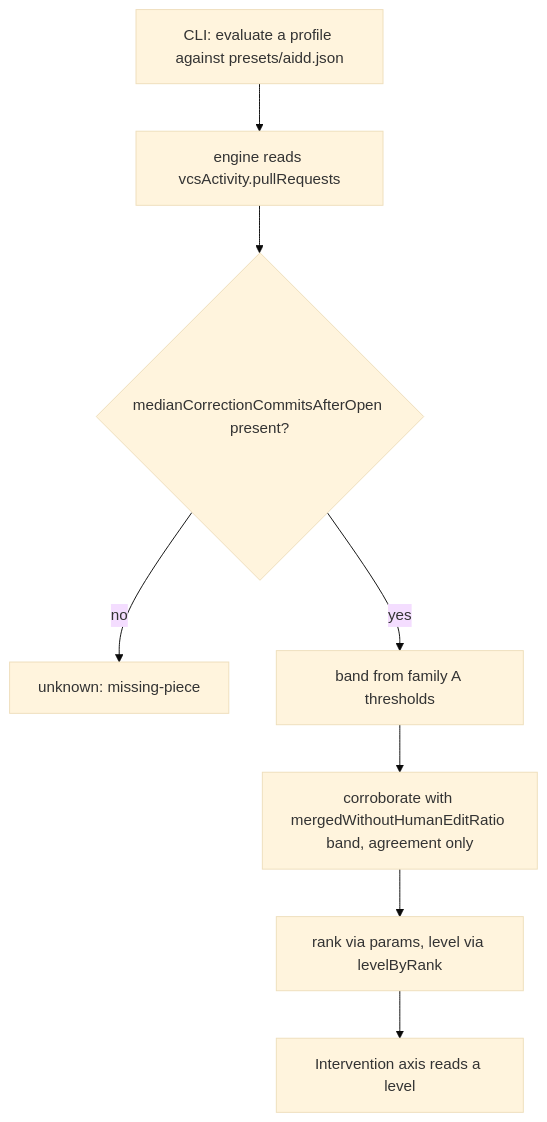
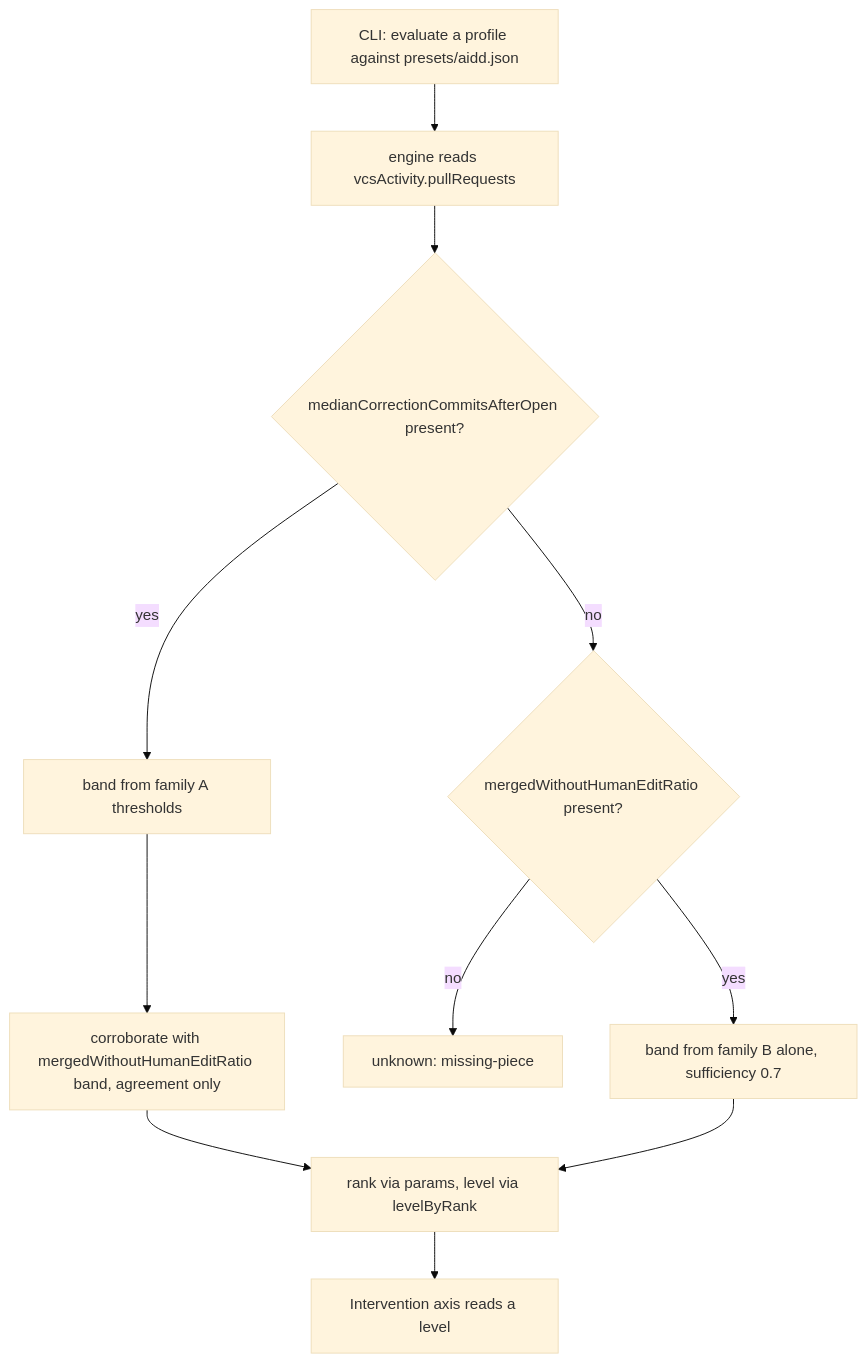
Before and after one commit to Crocogiciel-Studio/laivel-up: the first of 2 diagrams in aidd_docs/tasks/2026_08/2026_08_29_pr-correction-load/phase-1.md, drawn with Mermaid (base theme). The commit also changed other lines of this file and 2 other files, not shown here.

Commit message:
fix(criteria): restore nearest-edge band-1 margin gradient
The floor fix for the degenerate boundary case had switched band 1 to
a single-edge distance, which peaked confidence exactly on the flip
boundary and bottomed it at the band's centre — inverted. Restored the
nearest-edge-to-either-boundary distance (floored, so it still never
hits zero) so margin is highest at the centre of a band and lowest on
its edges, in both signal families. Updated the phase-1 journey and
test-scope diagrams to show the family-B-alone fallback.

````diff
--- a/aidd_docs/tasks/2026_08/2026_08_29_pr-correction-load/phase-1.md
+++ b/aidd_docs/tasks/2026_08/2026_08_29_pr-correction-load/phase-1.md
@@ -24,10 +24,13 @@
 ```mermaid
 flowchart TD
   A[CLI: evaluate a profile against presets/aidd.json] --> B[engine reads vcsActivity.pullRequests]
   B --> C{medianCorrectionCommitsAfterOpen present?}
-  C -- no --> D[unknown: missing-piece]
   C -- yes --> E[band from family A thresholds]
+  C -- no --> C2{mergedWithoutHumanEditRatio present?}
+  C2 -- no --> D[unknown: missing-piece]
+  C2 -- yes --> E2[band from family B alone, sufficiency 0.7]
   E --> F[corroborate with mergedWithoutHumanEditRatio band, agreement only]
   F --> G[rank via params, level via levelByRank]
+  E2 --> G
   G --> H[Intervention axis reads a level]
 ```
````
